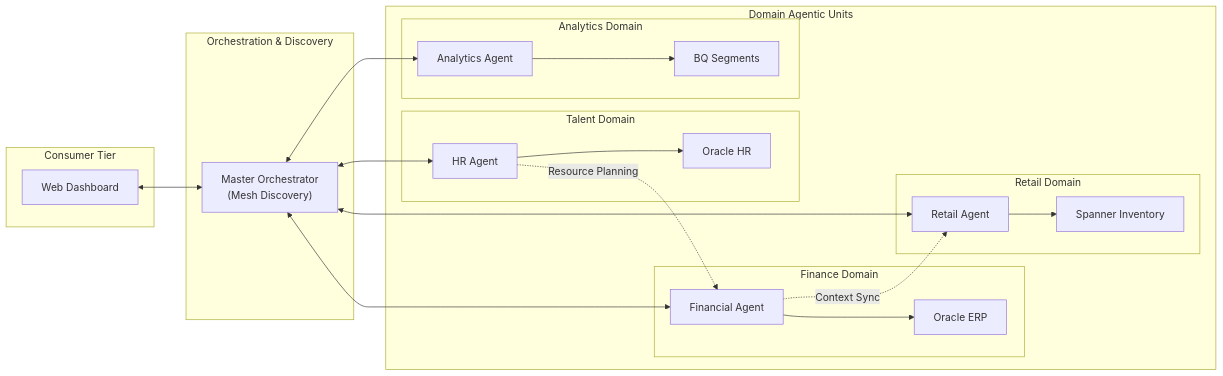
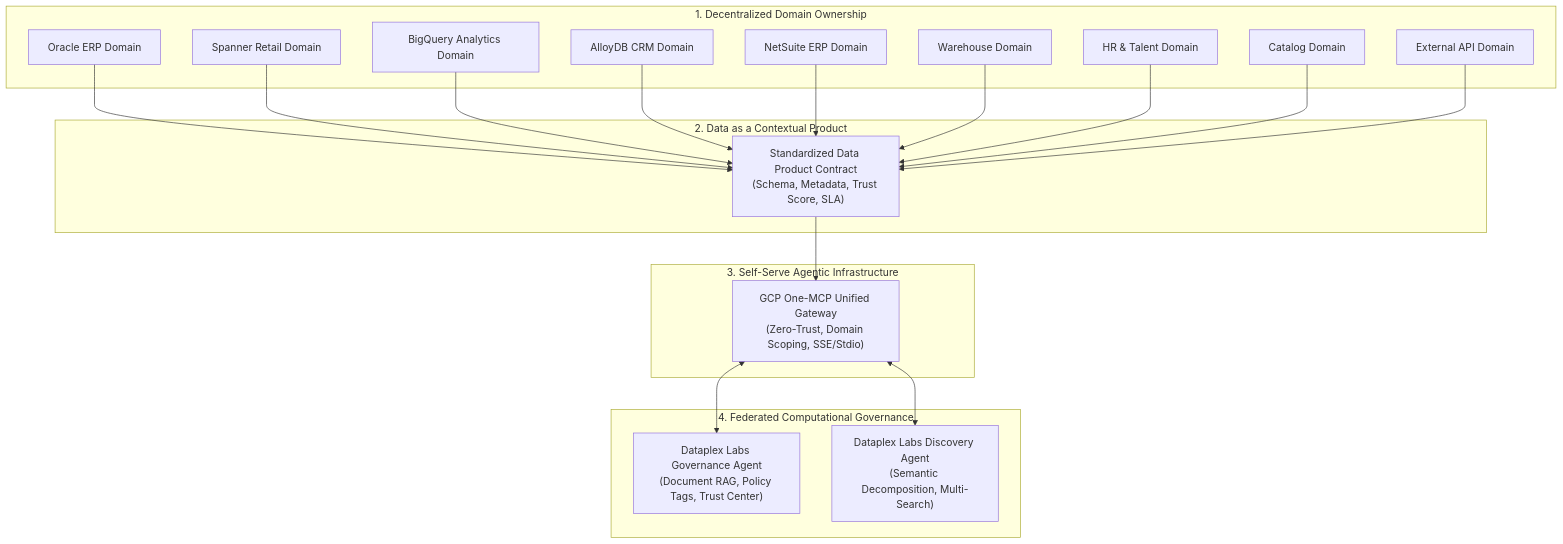
Before and after one commit to dumians/Gemini_CLI_MCP_AntiG: the diagram in docs/agentic_data_mesh_design.md, drawn with Mermaid. The commit also changed other lines of this file and 15 other files, not shown here.

Commit message:
docs: comprehensive update of architecture diagrams, blueprints, whitepapers, and guides for GCP Agentic Data Mesh (MeshOS)

````diff
--- a/docs/agentic_data_mesh_design.md
+++ b/docs/agentic_data_mesh_design.md
@@ -41,35 +11,31 @@
 ```mermaid
-graph LR
-    subgraph "Consumer Tier"
-        Dashboard["Web Dashboard"]
+graph TD
+    subgraph "1. Decentralized Domain Ownership"
+        D1["Oracle ERP Domain"]
+        D2["Spanner Retail Domain"]
+        D3["BigQuery Analytics Domain"]
+        D4["AlloyDB CRM Domain"]
+        D5["NetSuite ERP Domain"]
+        D6["Warehouse Domain"]
+        D7["HR & Talent Domain"]
+        D8["Catalog Domain"]
+        D9["External API Domain"]
     end
 
-    subgraph "Orchestration & Discovery"
-        Orchestrator["Master Orchestrator<br/>(Mesh Discovery)"]
+    subgraph "2. Data as a Contextual Product"
+        Contracts["Standardized Data Product Contract<br/>(Schema, Metadata, Trust Score, SLA)"]
     end
 
-    subgraph "Domain Agentic Units"
-        subgraph "Finance Domain"
-            FinAgent["Financial Agent"] --> OracleERP["Oracle ERP"]
-        end
-        subgraph "Retail Domain"
-            RetailAgent["Retail Agent"] --> SpannerInv["Spanner Inventory"]
-        end
-        subgraph "Talent Domain"
-            HRAgent["HR Agent"] --> OracleHR["Oracle HR"]
-        end
-        subgraph "Analytics Domain"
-            AnalyticsAgent["Analytics Agent"] --> BQSegment["BQ Segments"]
-        end
+    subgraph "3. Self-Serve Agentic Infrastructure"
+        OneMCP["GCP One-MCP Unified Gateway<br/>(Zero-Trust, Domain Scoping, SSE/Stdio)"]
     end
 
-    Dashboard <--> Orchestrator
-    Orchestrator <--> FinAgent
-    Orchestrator <--> RetailAgent
-    Orchestrator <--> HRAgent
-    Orchestrator <--> AnalyticsAgent
-    
-    %% Cross-Domain Collaboration (A2A Mesh)
-    FinAgent -.->|Context Sync| RetailAgent
-    HRAgent -.->|Resource Planning| FinAgent
+    subgraph "4. Federated Computational Governance"
+        Gov["Dataplex Labs Governance Agent<br/>(Document RAG, Policy Tags, Trust Center)"]
+        Disc["Dataplex Labs Discovery Agent<br/>(Semantic Decomposition, Multi-Search)"]
+    end
+
+    D1 & D2 & D3 & D4 & D5 & D6 & D7 & D8 & D9 --> Contracts
+    Contracts --> OneMCP
+    OneMCP <--> Gov & Disc
 ```
````
